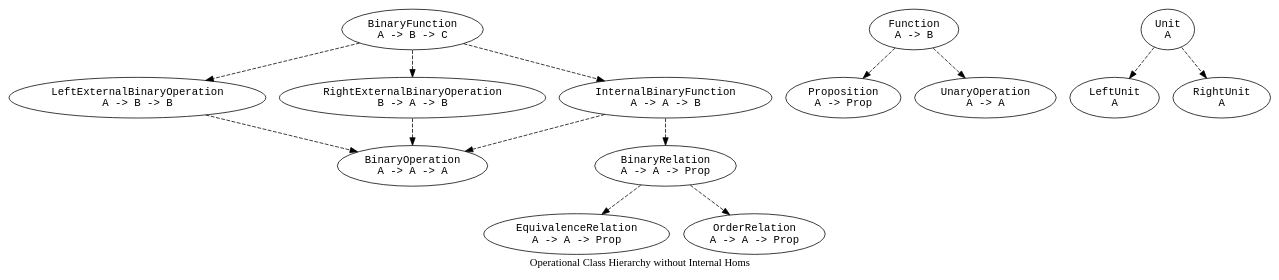
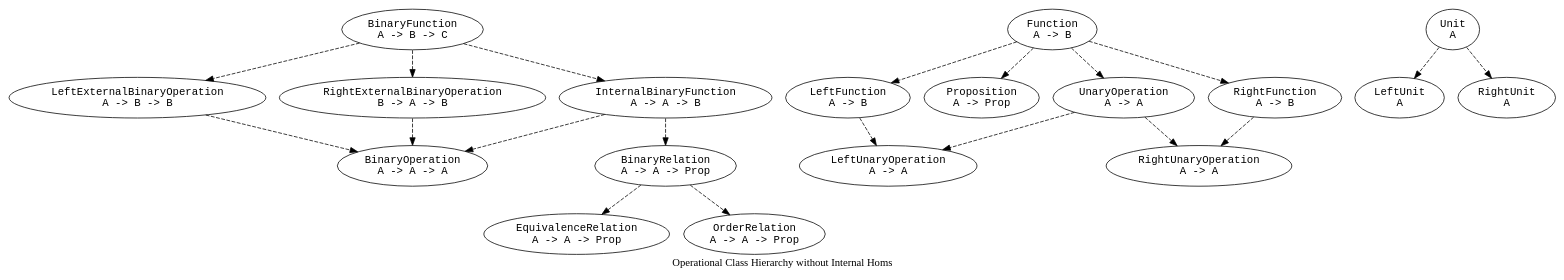
The diagram in bird/has.dot (Tuplanolla/dez), drawn with Graphviz before and after one commit. The commit also changed 14 other files, not shown here.

```diff
--- a/bird/has.dot
+++ b/bird/has.dot
@@ -1,36 +1,46 @@
 digraph Has {
   label = "Operational Class Hierarchy without Internal Homs"
 
   node [fontname = monospace]
 
   BinFn [label = "BinaryFunction\nA -> B -> C"]
   BinOp [label = "BinaryOperation\nA -> A -> A"]
   BinRel [label = "BinaryRelation\nA -> A -> Prop"]
   EqRel [label = "EquivalenceRelation\nA -> A -> Prop"]
   Fn [label = "Function\nA -> B"]
   IntBinFn [label = "InternalBinaryFunction\nA -> A -> B"]
   LExtBinOp [label = "LeftExternalBinaryOperation\nA -> B -> B"]
+  LFn [label = "LeftFunction\nA -> B"]
   LUn [label = "LeftUnit\nA"]
+  LUnOp [label = "LeftUnaryOperation\nA -> A"]
   OrdRel [label = "OrderRelation\nA -> A -> Prop"]
   Prop [label = "Proposition\nA -> Prop"]
   RExtBinOp [label = "RightExternalBinaryOperation\nB -> A -> B"]
+  RFn [label = "RightFunction\nA -> B"]
   RUn [label = "RightUnit\nA"]
+  RUnOp [label = "RightUnaryOperation\nA -> A"]
   Un [label = "Unit\nA"]
   UnOp [label = "UnaryOperation\nA -> A"]
 
   edge [style = dashed]
 
   BinFn -> IntBinFn
   BinFn -> LExtBinOp
   BinFn -> RExtBinOp
   BinRel -> EqRel
   BinRel -> OrdRel
+  Fn -> LFn
   Fn -> Prop
+  Fn -> RFn
   Fn -> UnOp
   IntBinFn -> BinOp
   IntBinFn -> BinRel
   LExtBinOp -> BinOp
+  LFn -> LUnOp
   RExtBinOp -> BinOp
+  RFn -> RUnOp
   Un -> LUn
   Un -> RUn
+  UnOp -> LUnOp
+  UnOp -> RUnOp
 }
```
